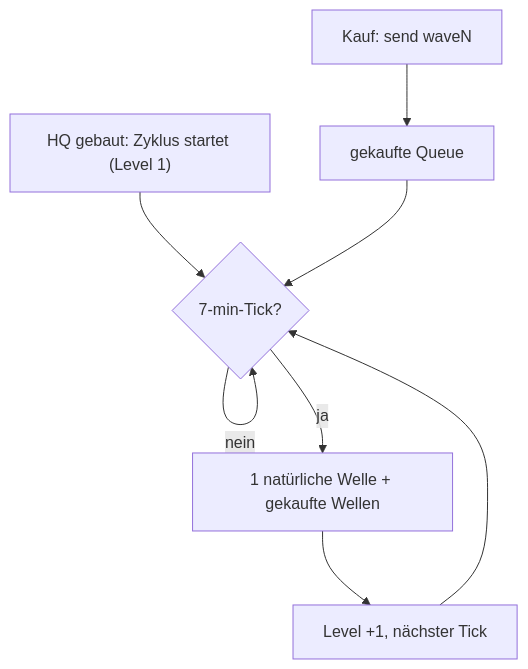
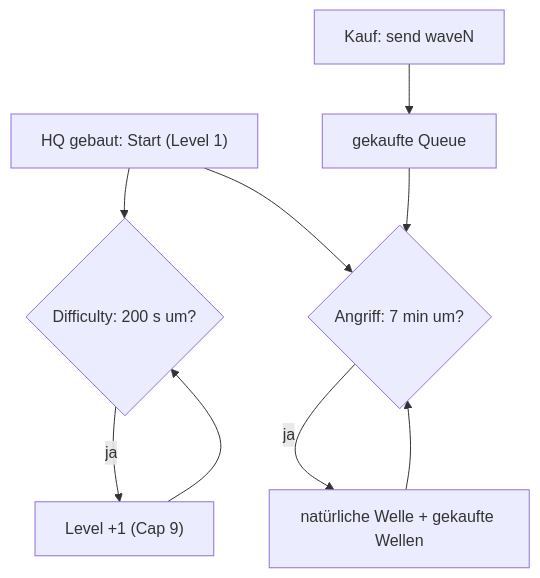
The diagram in README.md (momokli/riftbreaker-battle-mod), drawn with Mermaid before and after one commit. The commit also changed other lines of this file and 1 other file, not shown here.

Commit message:
docs(core-loop): Difficulty-Timer (#778) entkoppelt dokumentieren
Nach #779 steigt das Difficulty-Level auf einem eigenen 200s-Timer, getrennt
vom 7-min-Angriffstakt. README + CORE_LOOP.md entsprechend korrigiert (zwei
unabhängige Timer statt 'Level steigt mit jedem Wellen-Feuer-Tick').

````diff
--- a/README.md
+++ b/README.md
@@ -22,10 +24,11 @@
 ```mermaid
 flowchart TD
-    A["HQ gebaut: Zyklus startet (Level 1)"] --> B{"7-min-Tick?"}
-    B -- nein --> B
-    B -- ja --> C["1 natürliche Welle + gekaufte Wellen"]
-    C --> D["Level +1, nächster Tick"]
-    D --> B
+    A["HQ gebaut: Start (Level 1)"] --> D{"Difficulty: 200 s um?"}
+    D -- ja --> D1["Level +1 (Cap 9)"]
+    D1 --> D
+    A --> W{"Angriff: 7 min um?"}
+    W -- ja --> F["natürliche Welle + gekaufte Wellen"]
+    F --> W
     K["Kauf: send waveN"] --> Q["gekaufte Queue"]
-    Q --> B
+    Q --> W
 ```
````
